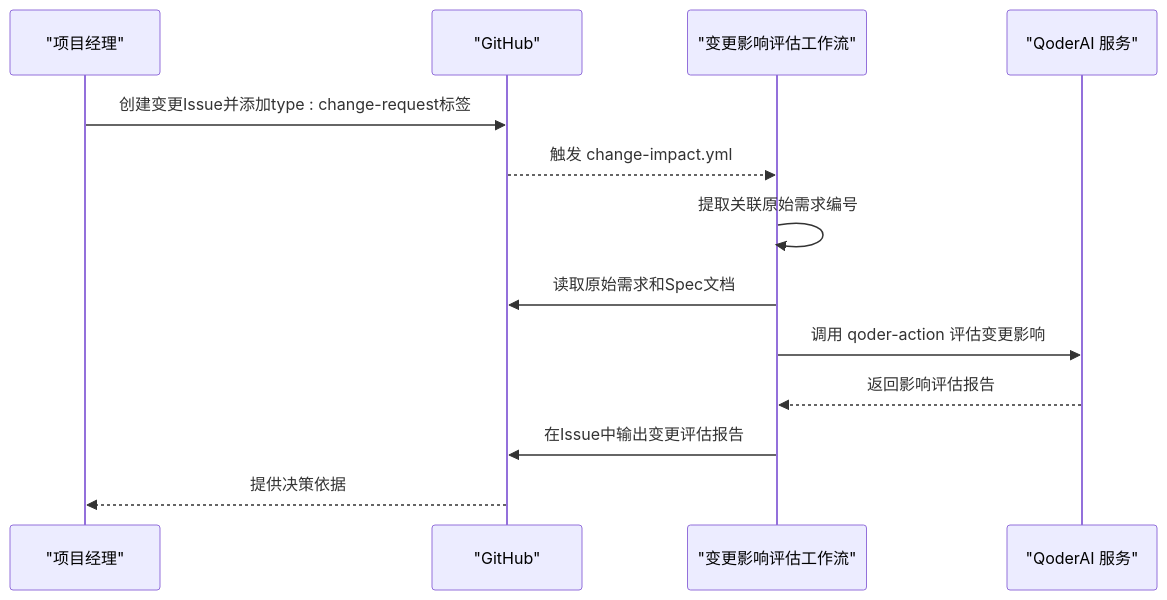
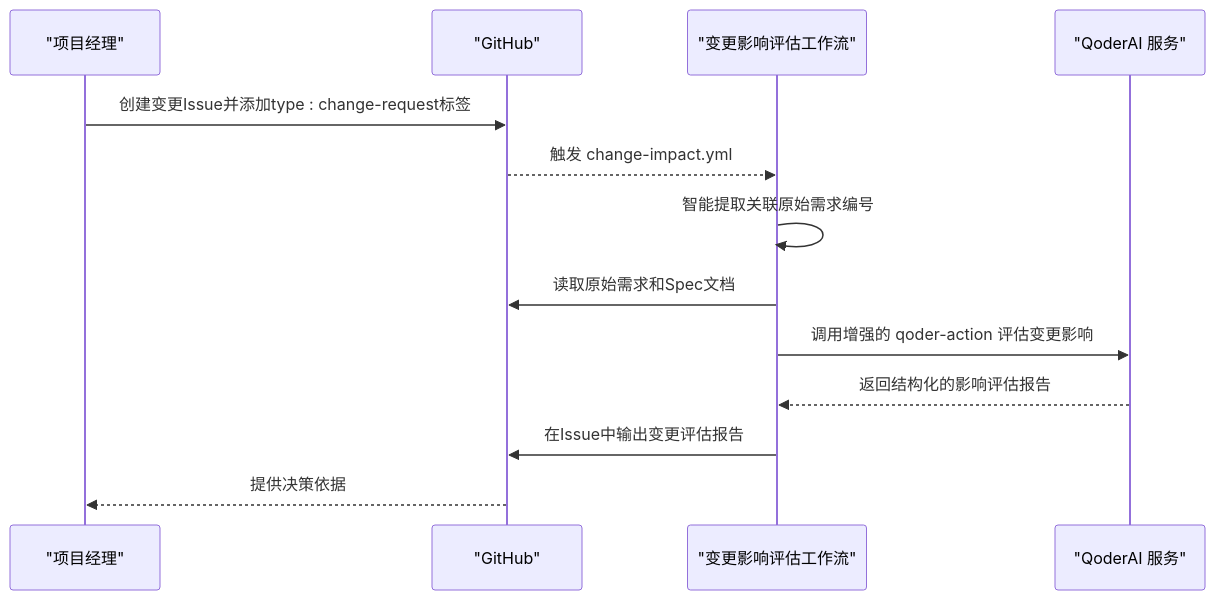
Before and after one commit to Seiano/hj-admin: the eighth of 12 diagrams in .qoder/repowiki/zh/content/部署运维/CI_CD工作流配置.md, drawn with Mermaid. The commit also changed other lines of this file and 8 other files, not shown here.

````diff
--- a/.qoder/repowiki/zh/content/部署运维/CI_CD工作流配置.md
+++ b/.qoder/repowiki/zh/content/部署运维/CI_CD工作流配置.md
@@ -468,15 +499,15 @@
 ```mermaid
 sequenceDiagram
 participant PM as "项目经理"
 participant GH as "GitHub"
 participant CI as "变更影响评估工作流"
 participant QA as "QoderAI 服务"
 PM->>GH : 创建变更Issue并添加type : change-request标签
 GH-->>CI : 触发 change-impact.yml
-CI->>CI : 提取关联原始需求编号
+CI->>CI : 智能提取关联原始需求编号
 CI->>GH : 读取原始需求和Spec文档
-CI->>QA : 调用 qoder-action 评估变更影响
-QA-->>CI : 返回影响评估报告
+CI->>QA : 调用增强的 qoder-action 评估变更影响
+QA-->>CI : 返回结构化的影响评估报告
 CI->>GH : 在Issue中输出变更评估报告
 GH-->>PM : 提供决策依据
 ```
````
